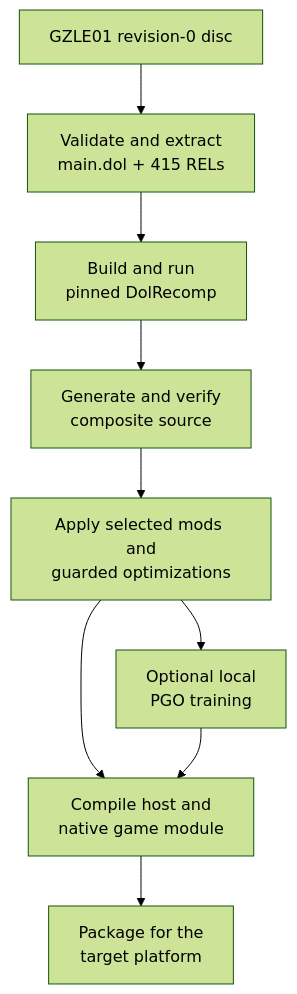
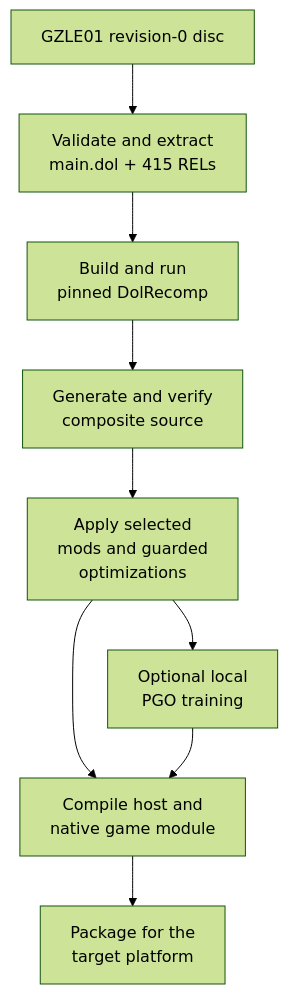
The first of 10 diagrams in docs/architecture/Build.md (Aelbannan/boat_of_daphnes), drawn with Mermaid (forest theme) before and after one commit. The commit also changed other lines of this file and 7 other files, not shown here.

Commit message:
Wrap Mermaid diagram labels

````diff
--- a/docs/architecture/Build.md
+++ b/docs/architecture/Build.md
@@ -44,14 +44,14 @@
 ```mermaid
 flowchart TD
     Disc["GZLE01 revision-0 disc"]
     Extract["Validate and extract<br/>main.dol + 415 RELs"]
     Translate["Build and run<br/>pinned DolRecomp"]
     Composite["Generate and verify<br/>composite source"]
-    Prepare["Apply selected mods and<br/>guarded optimizations"]
+    Prepare["Apply selected<br/>mods and guarded<br/>optimizations"]
     PGO["Optional local<br/>PGO training"]
     Compile["Compile host and<br/>native game module"]
     Package["Package for the<br/>target platform"]
 
     Disc --> Extract --> Translate --> Composite --> Prepare --> Compile --> Package
     Prepare --> PGO --> Compile
 ```
````
